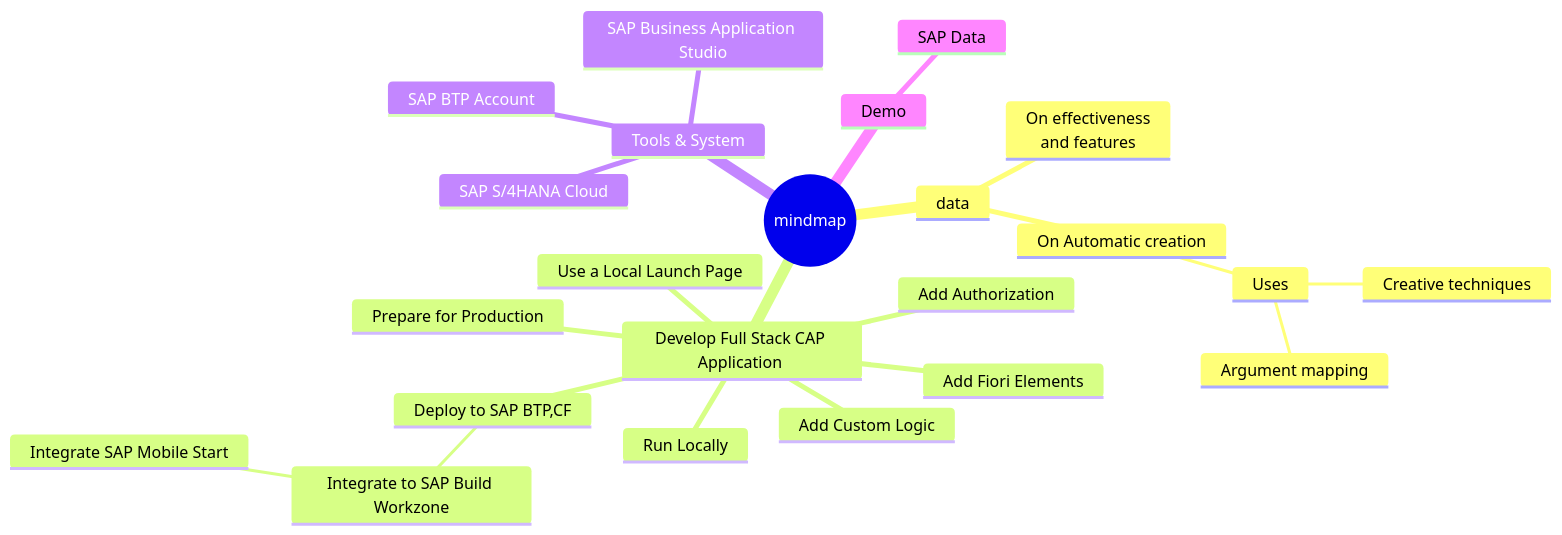
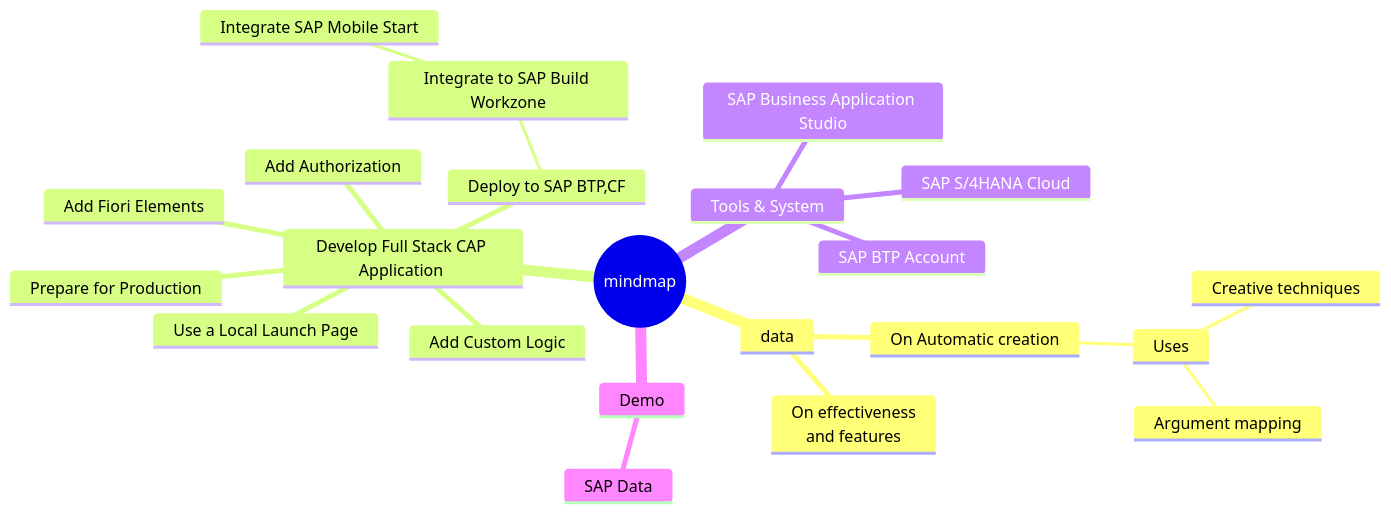
The first of 4 diagrams in README.md (ejazsyed/validation-issue), drawn with Mermaid before and after one commit.

````diff
--- a/README.md
+++ b/README.md
@@ -7,27 +7,26 @@
 ```mermaid
    mindmap
   root((mindmap))
     data
       On effectiveness<br/>and features
       On Automatic creation
         Uses
             Creative techniques
             Argument mapping
     Develop Full Stack CAP Application 
       Add Custom Logic
       Add Fiori Elements
       Use a Local Launch Page
       Add Authorization
-      Run Locally
       Prepare for Production
       Deploy to SAP BTP,CF
         Integrate to SAP Build Workzone
           Integrate SAP Mobile Start
     Tools & System
       SAP BTP Account
       SAP Business Application Studio
       SAP S/4HANA Cloud
     Demo
       SAP Data
 
 ```
````
